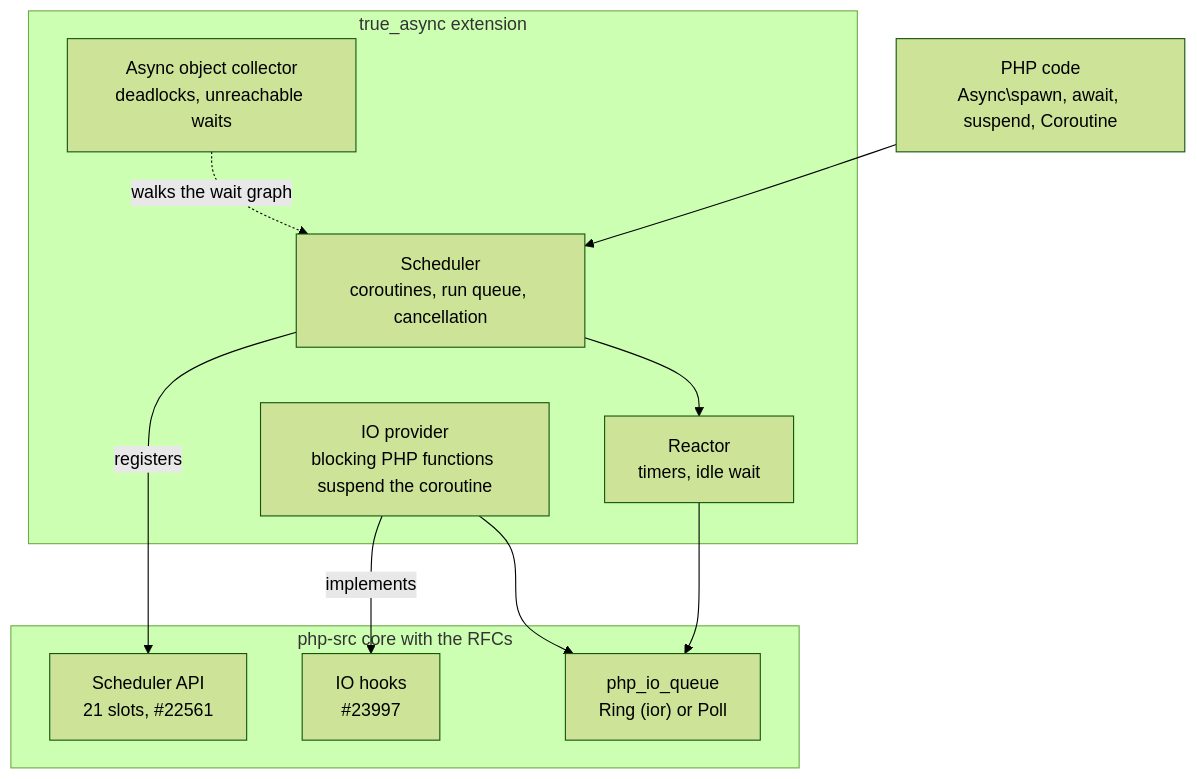
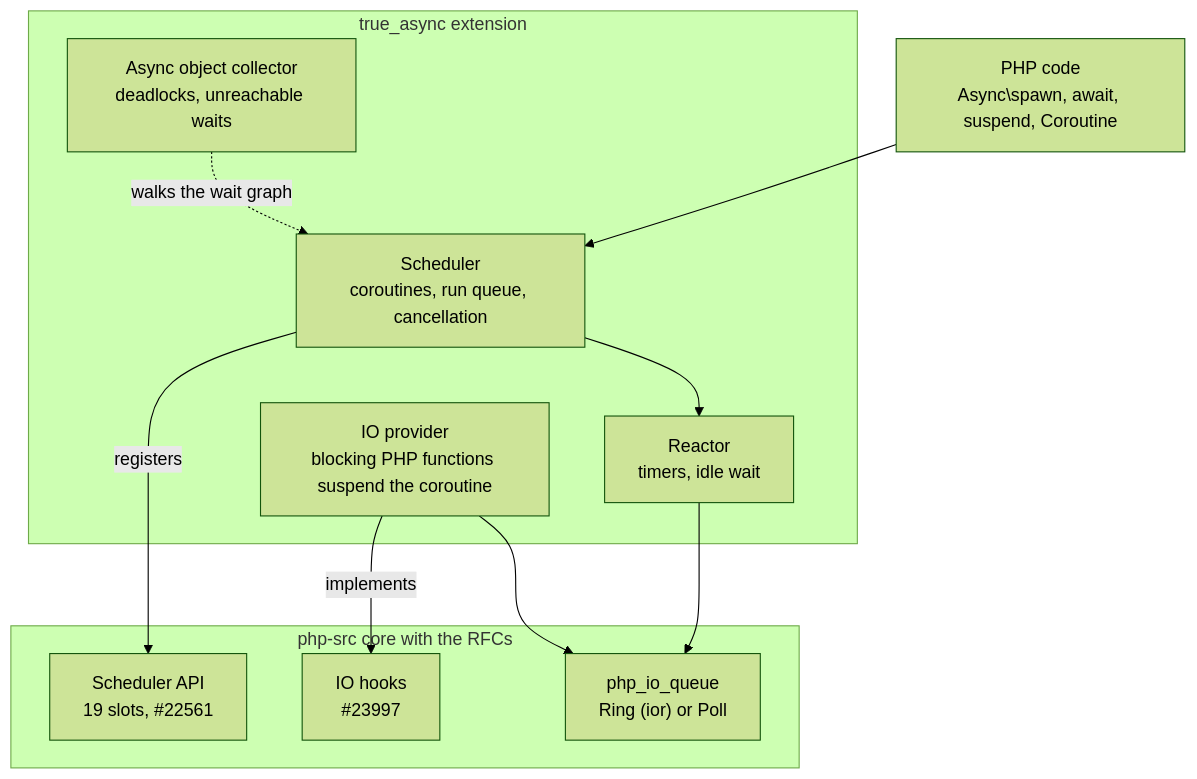
Before and after one commit to true-async/true-async: the diagram in README.md, drawn with Mermaid (forest theme). The commit also changed other lines of this file and 16 other files, not shown here.

````diff
--- a/README.md
+++ b/README.md
@@ -58,25 +58,25 @@
 ```mermaid
 flowchart TB
     app["PHP code<br/>Async\spawn, await, suspend, Coroutine"]
 
     subgraph ext["true_async extension"]
         sched["Scheduler<br/>coroutines, run queue, cancellation"]
         reactor["Reactor<br/>timers, idle wait"]
         provider["IO provider<br/>blocking PHP functions suspend the coroutine"]
         collector["Async object collector<br/>deadlocks, unreachable waits"]
     end
 
     subgraph core["php-src core with the RFCs"]
-        sapi["Scheduler API<br/>21 slots, #22561"]
+        sapi["Scheduler API<br/>19 slots, #22561"]
         hooks["IO hooks<br/>#23997"]
         queue["php_io_queue<br/>Ring (ior) or Poll"]
     end
 
     app --> sched
     sched -- registers --> sapi
     sched --> reactor
     reactor --> queue
     provider -- implements --> hooks
     provider --> queue
     collector -. walks the wait graph .-> sched
 ```
````
